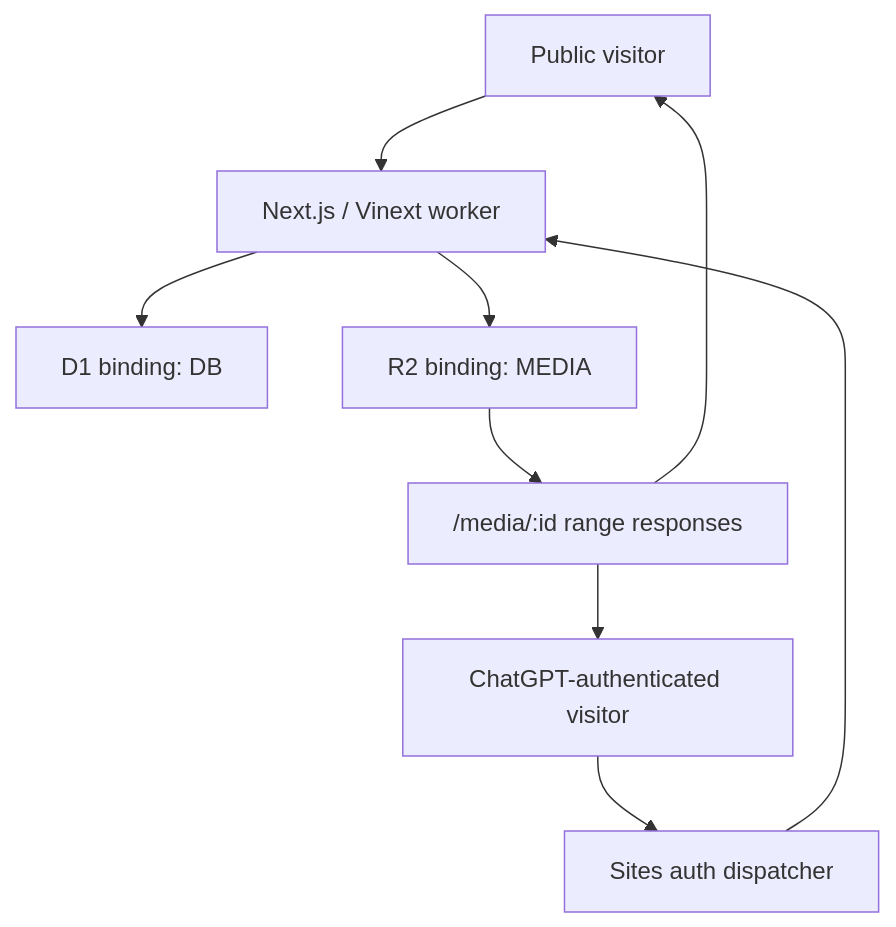
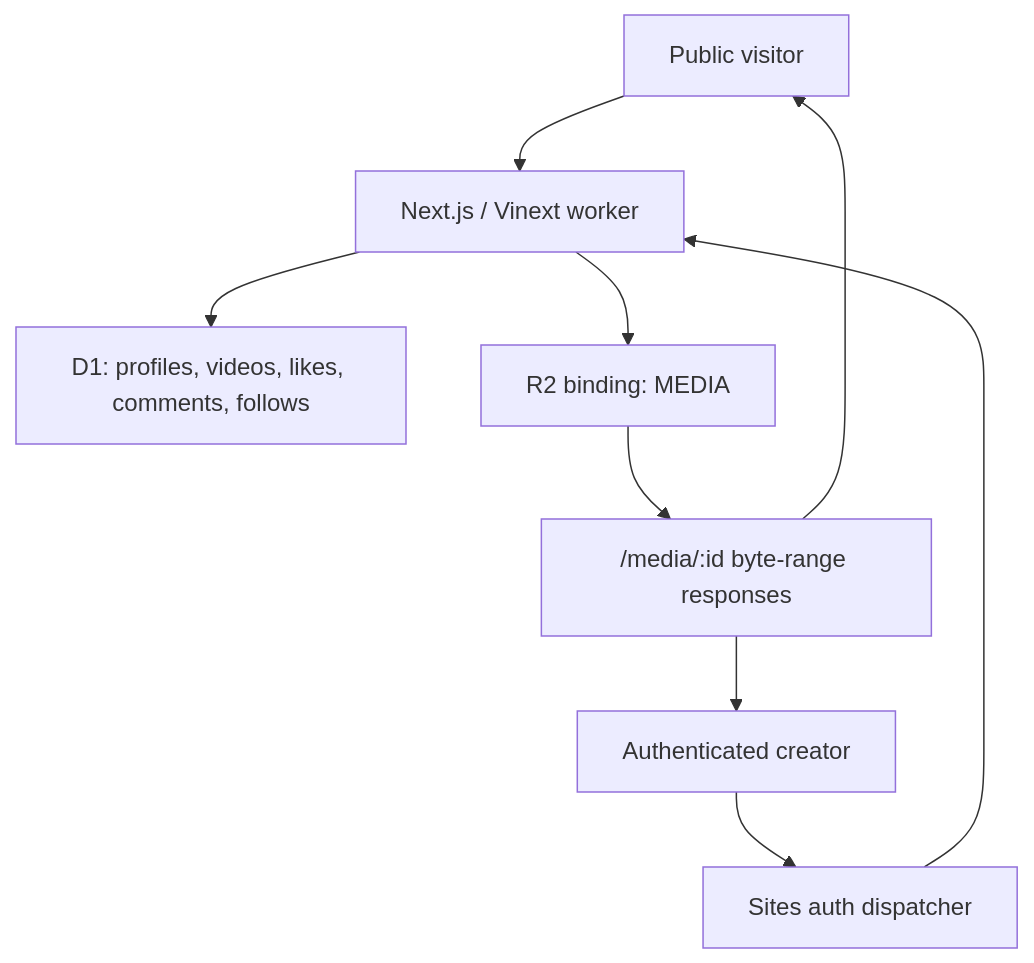
One commit to IamOumarIbrahim/pumblo changed the diagram in docs/architecture.md. Above: the diagram before and after it, drawn with Mermaid. The commit also changed other lines of this file and 41 other files, not shown here.

````diff
--- a/docs/architecture.md
+++ b/docs/architecture.md
@@ -5,11 +5,11 @@
 ```mermaid
 flowchart TD
     U["Public visitor"] --> APP["Next.js / Vinext worker"]
-    C["ChatGPT-authenticated visitor"] --> DISP["Sites auth dispatcher"]
+    C["Authenticated creator"] --> DISP["Sites auth dispatcher"]
     DISP --> APP
-    APP --> DB["D1 binding: DB"]
+    APP --> DB["D1: profiles, videos, likes, comments, follows"]
     APP --> STORE["R2 binding: MEDIA"]
-    STORE --> MEDIA["/media/:id range responses"]
+    STORE --> MEDIA["/media/:id byte-range responses"]
     MEDIA --> U
     MEDIA --> C
 ```
````
